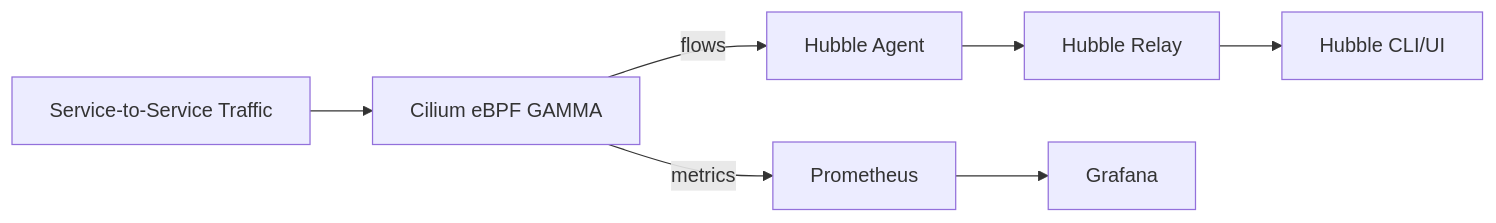
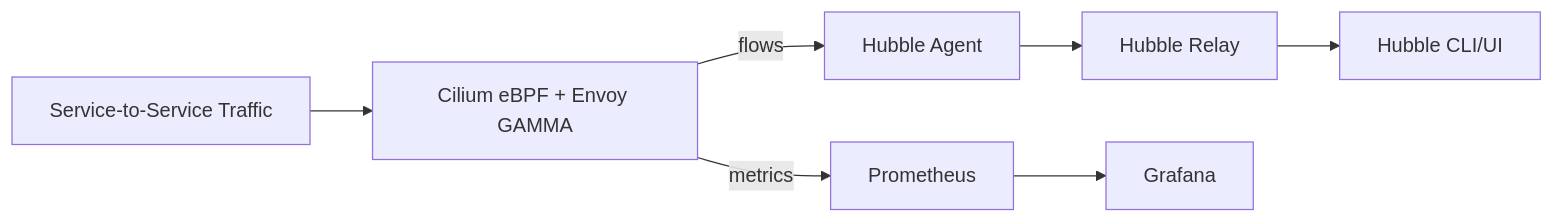
The diagram in posts/2026-03-13-monitor-gamma-cilium-gateway-api/README.md (OneUptime/blog), drawn with Mermaid before and after one commit. The commit also changed other lines of this file and 2 other files, not shown here.

Commit message:
validate: 2026-03-13-monitor-gamma-cilium-gateway-api

````diff
--- a/posts/2026-03-13-monitor-gamma-cilium-gateway-api/README.md
+++ b/posts/2026-03-13-monitor-gamma-cilium-gateway-api/README.md
@@ -33,9 +34,9 @@
 ```mermaid
 flowchart LR
-    A[Service-to-Service Traffic] --> B[Cilium eBPF GAMMA]
+    A[Service-to-Service Traffic] --> B[Cilium eBPF + Envoy GAMMA]
     B -->|flows| C[Hubble Agent]
     C --> D[Hubble Relay]
     D --> E[Hubble CLI/UI]
     B -->|metrics| F[Prometheus]
     F --> G[Grafana]
 ```
````
